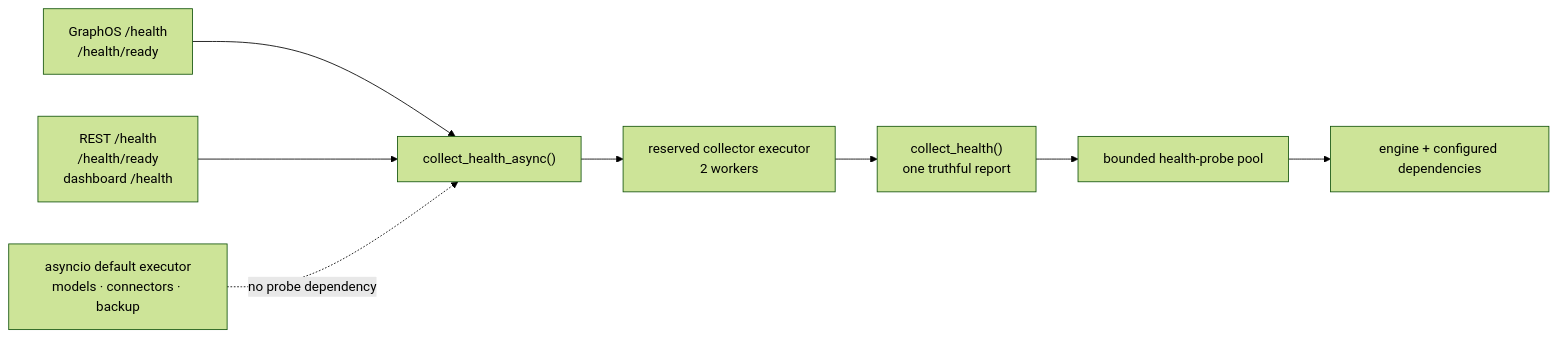
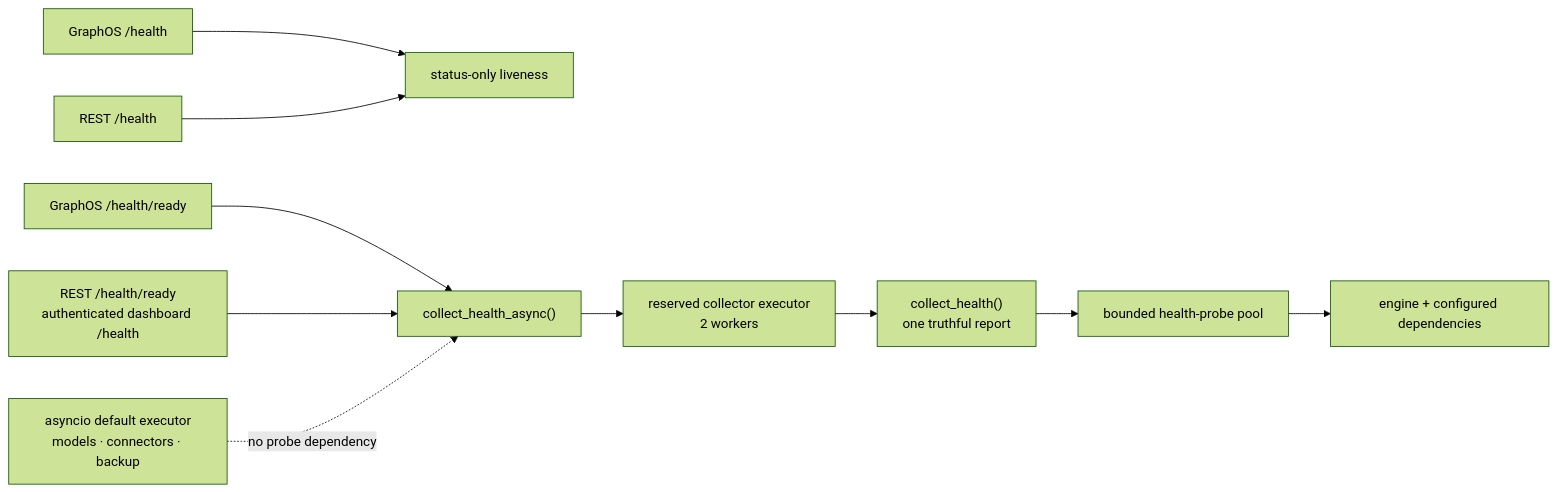
One commit to Knuckles-Team/agent-utilities changed the first of 4 diagrams in docs/architecture/observability.md. Above: the diagram before and after it, drawn with Mermaid (forest theme). The commit also changed other lines of this file and 4 other files, not shown here.

````diff
--- a/docs/architecture/observability.md
+++ b/docs/architecture/observability.md
@@ -39,10 +40,12 @@
 ```mermaid
 flowchart LR
-    MCP["GraphOS /health<br/>/health/ready"] --> A["collect_health_async()"]
-    REST["REST /health<br/>/health/ready<br/>dashboard /health"] --> A
+    MCP_L["GraphOS /health"] --> L["status-only liveness"]
+    REST_L["REST /health"] --> L
+    MCP["GraphOS /health/ready"] --> A["collect_health_async()"]
+    REST["REST /health/ready<br/>authenticated dashboard /health"] --> A
     A --> C["reserved collector executor<br/>2 workers"]
     C --> H["collect_health()<br/>one truthful report"]
     H --> P["bounded health-probe pool"]
     P --> E["engine + configured dependencies"]
     G["asyncio default executor<br/>models · connectors · backup"] -. "no probe dependency" .-> A
 ```
````
